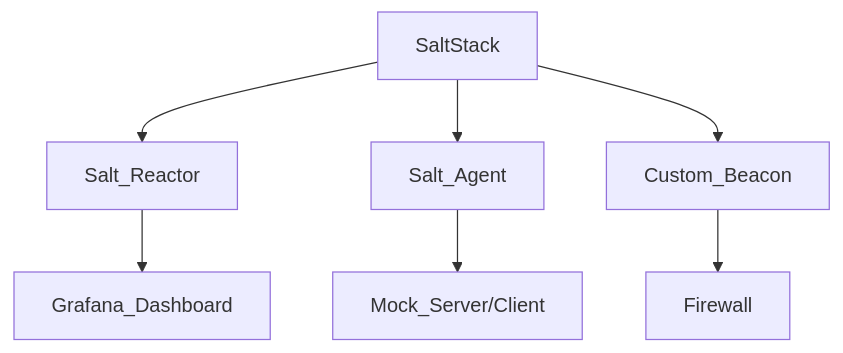
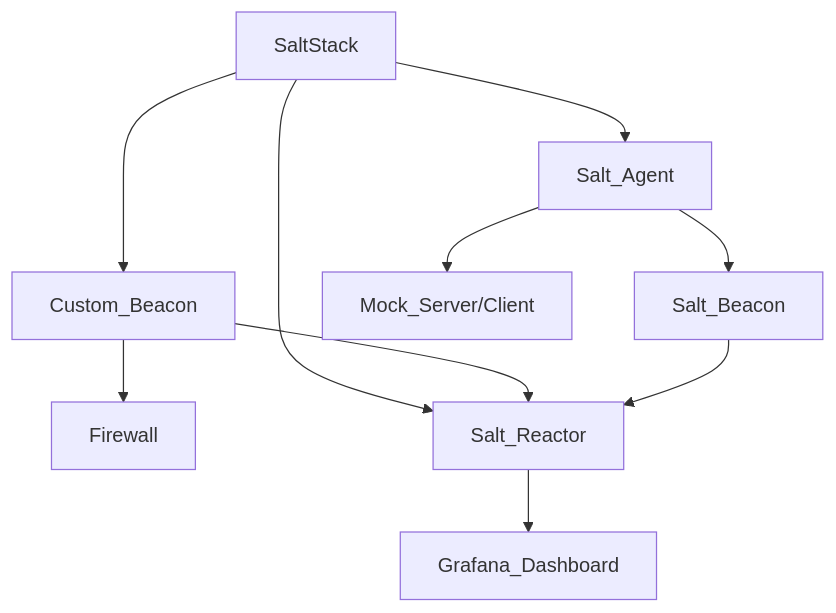
Before and after one commit to hanfil/CyberSalt: the diagram in README.md, drawn with Mermaid.

````diff
--- a/README.md
+++ b/README.md
@@ -15,9 +15,12 @@
 ```mermaid
 graph TD;
+    Custom_Beacon-->Firewall;
     Salt_Reactor-->Grafana_Dashboard;
     SaltStack-->Salt_Reactor;
+    SaltStack-->Custom_Beacon;
+    Custom_Beacon-->Salt_Reactor;
     SaltStack-->Salt_Agent;
+    Salt_Agent-->Salt_Beacon;
+    Salt_Beacon-->Salt_Reactor;
     Salt_Agent-->Mock_Server/Client;
-    SaltStack-->Custom_Beacon;
-    Custom_Beacon-->Firewall;
 ```
````
